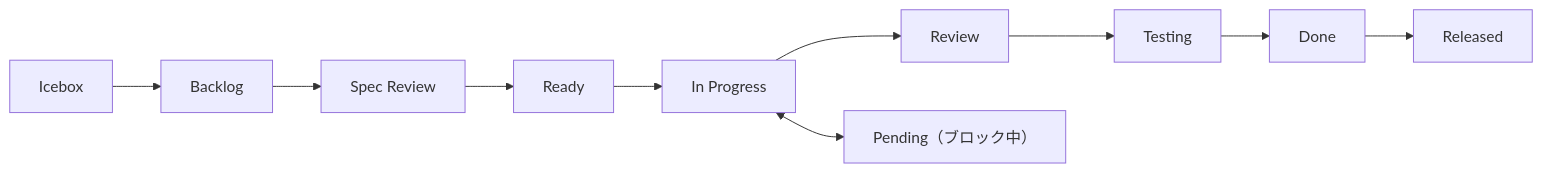
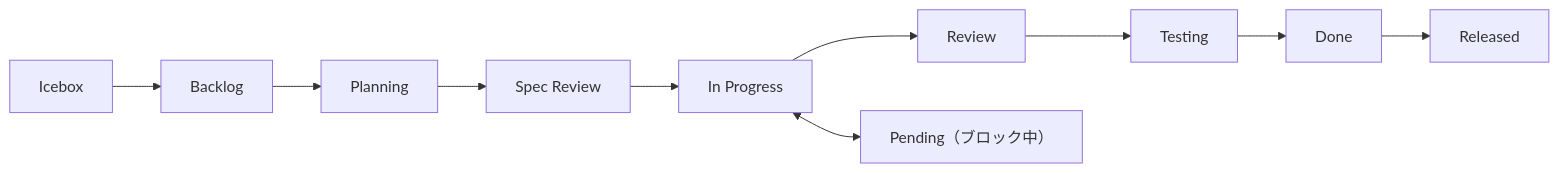
Before and after one commit to ShirokumaLibrary/shirokuma-docs: the diagram in plugin/shirokuma-skills-ja/skills/managing-github-items/reference/github-operations.md, drawn with Mermaid. The commit also changed other lines of this file and 79 other files, not shown here.

````diff
--- a/plugin/shirokuma-skills-ja/skills/managing-github-items/reference/github-operations.md
+++ b/plugin/shirokuma-skills-ja/skills/managing-github-items/reference/github-operations.md
@@ -144,6 +144,6 @@
 ```mermaid
 graph LR
-  Icebox --> Backlog --> SpecReview[Spec Review] --> Ready --> InProgress[In Progress]
+  Icebox --> Backlog --> Planning --> SpecReview[Spec Review] --> InProgress[In Progress]
   InProgress --> Review --> Testing --> Done --> Released
   InProgress <--> Pending["Pending（ブロック中）"]
 ```
````
